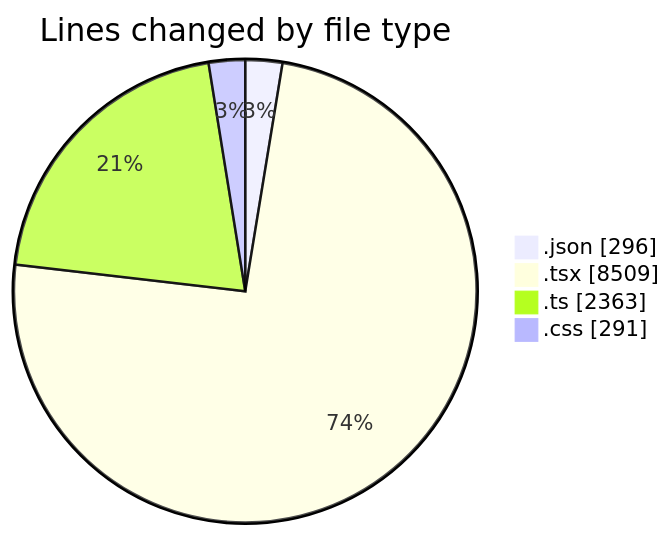
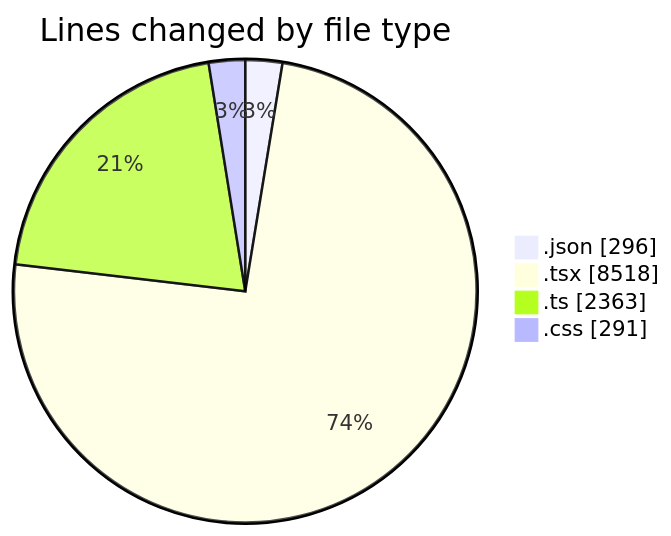
The first of 2 diagrams in 2025-10-07/eventscop-frontend-guide__workspace_/README.md (julien-gomy/code-tracking), drawn with Mermaid before and after one commit. The commit also changed other lines of this file and 1 other file, not shown here.

````diff
--- a/2025-10-07/eventscop-frontend-guide__workspace_/README.md
+++ b/2025-10-07/eventscop-frontend-guide__workspace_/README.md
@@ -82,8 +82,8 @@
 ```mermaid
 pie showData
 title Lines changed by file type
 ".json" : 296
-".tsx" : 8509
+".tsx" : 8518
 ".ts" : 2363
 ".css" : 291
 ```
````
